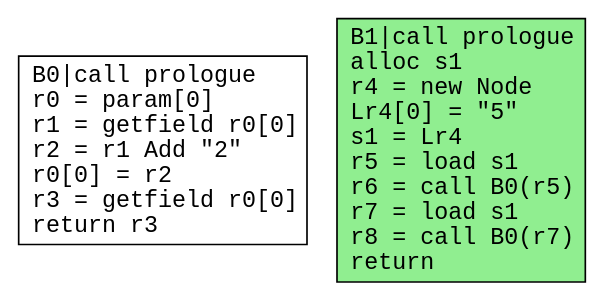
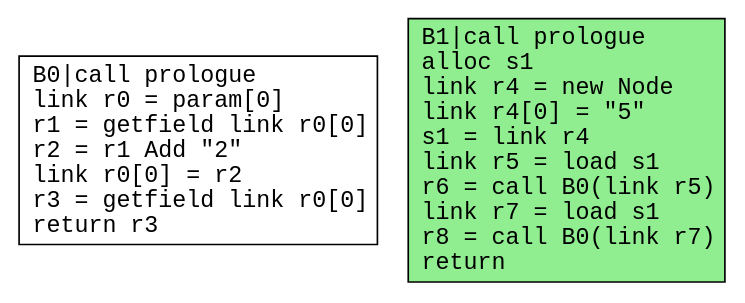
One commit to safarislava/ProcTranslator changed the diagram in output/classes.dot. Above: the diagram before and after it, drawn with Graphviz. The commit also changed 18 other files, not shown here.

```diff
--- a/output/classes.dot
+++ b/output/classes.dot
@@ -1,9 +1,9 @@
 digraph CFG {
   rankdir=TB;
   node [shape=box, fontname="Courier"];
   edge [fontname="Courier"];
 
-  B0 [label="B0|call prologue\lr0 = param[0]\lr1 = getfield r0[0]\lr2 = r1 Add \"2\"\lr0[0] = r2\lr3 = getfield r0[0]\lreturn r3\l"];
-  B1 [label="B1|call prologue\lalloc s1\lr4 = new Node\lLr4[0] = \"5\"\ls1 = Lr4\lr5 = load s1\lr6 = call B0(r5)\lr7 = load s1\lr8 = call B0(r7)\lreturn\l"];
+  B0 [label="B0|call prologue\llink r0 = param[0]\lr1 = getfield link r0[0]\lr2 = r1 Add \"2\"\llink r0[0] = r2\lr3 = getfield link r0[0]\lreturn r3\l"];
+  B1 [label="B1|call prologue\lalloc s1\llink r4 = new Node\llink r4[0] = \"5\"\ls1 = link r4\llink r5 = load s1\lr6 = call B0(link r5)\llink r7 = load s1\lr8 = call B0(link r7)\lreturn\l"];
   B1 [style=filled, fillcolor=lightgreen];
 }
```
